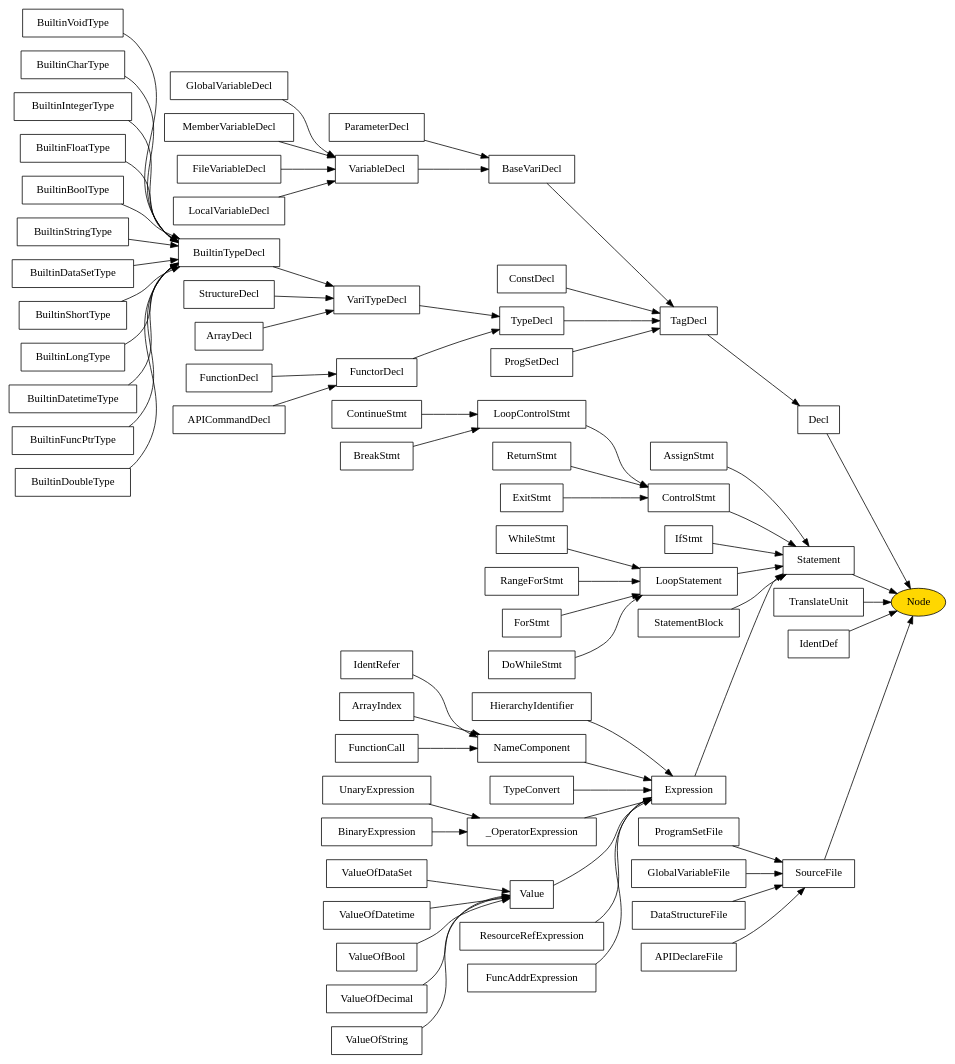
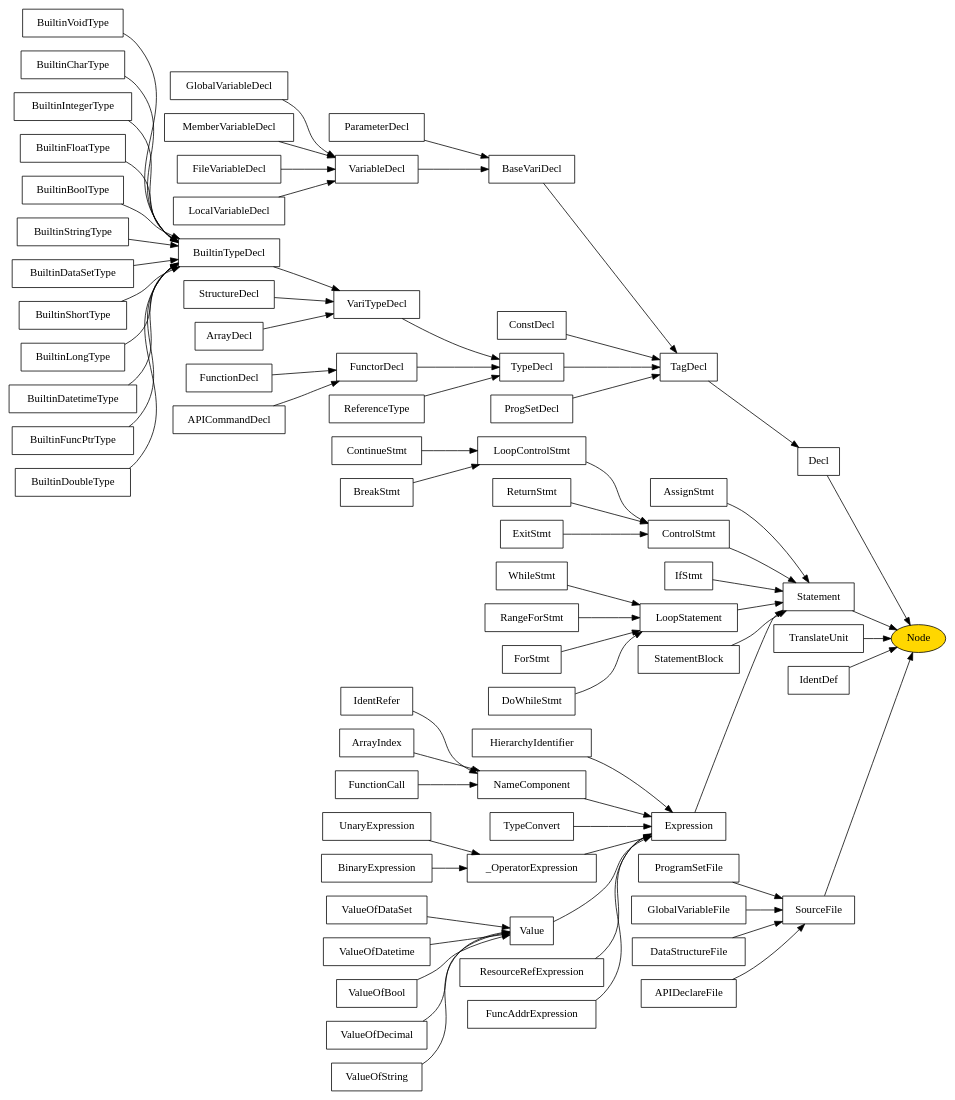
The diagram in Compiler/rexlang_compiler/NodeClassInheritance.dot (RonxBulld/RexLang), drawn with Graphviz before and after one commit. The commit also changed 1 other file, not shown here.

Commit message:
添加 ReferenceType 引用类型包装

```diff
--- a/Compiler/rexlang_compiler/NodeClassInheritance.dot
+++ b/Compiler/rexlang_compiler/NodeClassInheritance.dot
@@ -1,77 +1,78 @@
 digraph G {
 	rankdir=LR;
 	node[shape=box];
 
 	"SourceFile" -> "Node"
 	"ProgramSetFile" -> "SourceFile"
 	"GlobalVariableFile" -> "SourceFile"
 	"DataStructureFile" -> "SourceFile"
 	"APIDeclareFile" -> "SourceFile"
 	"Decl" -> "Node"
 	"TagDecl" -> "Decl"
 	"BaseVariDecl" -> "TagDecl"
 	"ParameterDecl" -> "BaseVariDecl"
 	"VariableDecl" -> "BaseVariDecl"
 	"GlobalVariableDecl" -> "VariableDecl"
 	"MemberVariableDecl" -> "VariableDecl"
 	"FileVariableDecl" -> "VariableDecl"
 	"LocalVariableDecl" -> "VariableDecl"
 	"ConstDecl" -> "TagDecl"
 	"TypeDecl" -> "TagDecl"
 	"VariTypeDecl"->"TypeDecl"
 	"BuiltinTypeDecl" -> "VariTypeDecl"
 	"StructureDecl" -> "VariTypeDecl"
 	"ArrayDecl" -> "VariTypeDecl"
 	"FunctorDecl" -> "TypeDecl"
+	"ReferenceType" -> "TypeDecl"
 	"FunctionDecl" -> "FunctorDecl"
 	"APICommandDecl" -> "FunctorDecl"
 	"ProgSetDecl" -> "TagDecl"
 	"Statement" -> "Node"
 	"AssignStmt" -> "Statement"
 	"ControlStmt" -> "Statement"
 	"LoopControlStmt" -> "ControlStmt"
 	"ContinueStmt" -> "LoopControlStmt"
 	"BreakStmt" -> "LoopControlStmt"
 	"ReturnStmt" -> "ControlStmt"
 	"ExitStmt" -> "ControlStmt"
 	"IfStmt" -> "Statement"
 	"LoopStatement" -> "Statement"
 	"WhileStmt" -> "LoopStatement"
 	"RangeForStmt" -> "LoopStatement"
 	"ForStmt" -> "LoopStatement"
 	"DoWhileStmt" -> "LoopStatement"
 	"StatementBlock" -> "Statement"
 	"Expression" -> "Statement"
 	"HierarchyIdentifier" -> "Expression"
 	"NameComponent" -> "Expression"
 	"IdentRefer" -> "NameComponent"
 	"ArrayIndex" -> "NameComponent"
 	"FunctionCall" -> "NameComponent"
 	"TypeConvert" -> "Expression"
 	"_OperatorExpression" -> "Expression"
 	"UnaryExpression" -> "_OperatorExpression"
 	"BinaryExpression" -> "_OperatorExpression"
 	"Value" -> "Expression"
 	"ValueOfDataSet" -> "Value"
 	"ValueOfDatetime" -> "Value"
 	"ResourceRefExpression" -> "Expression"
 	"FuncAddrExpression" -> "Expression"
 	"ValueOfBool" -> "Value"
 	"ValueOfDecimal" -> "Value"
 	"ValueOfString" -> "Value"
 	"TranslateUnit" -> "Node"
 	"BuiltinVoidType" -> "BuiltinTypeDecl"
 	"BuiltinCharType" -> "BuiltinTypeDecl"
 	"BuiltinIntegerType" -> "BuiltinTypeDecl"
 	"BuiltinFloatType" -> "BuiltinTypeDecl"
 	"BuiltinBoolType" -> "BuiltinTypeDecl"
 	"BuiltinStringType" -> "BuiltinTypeDecl"
 	"BuiltinDataSetType" -> "BuiltinTypeDecl"
 	"BuiltinShortType" -> "BuiltinTypeDecl"
 	"BuiltinLongType" -> "BuiltinTypeDecl"
 	"BuiltinDatetimeType" -> "BuiltinTypeDecl"
 	"BuiltinFuncPtrType" -> "BuiltinTypeDecl"
 	"BuiltinDoubleType" -> "BuiltinTypeDecl"
 	"IdentDef" -> "Node"
 	"Node"[shape=ellipse fillcolor=gold style=filled];
 }
```
